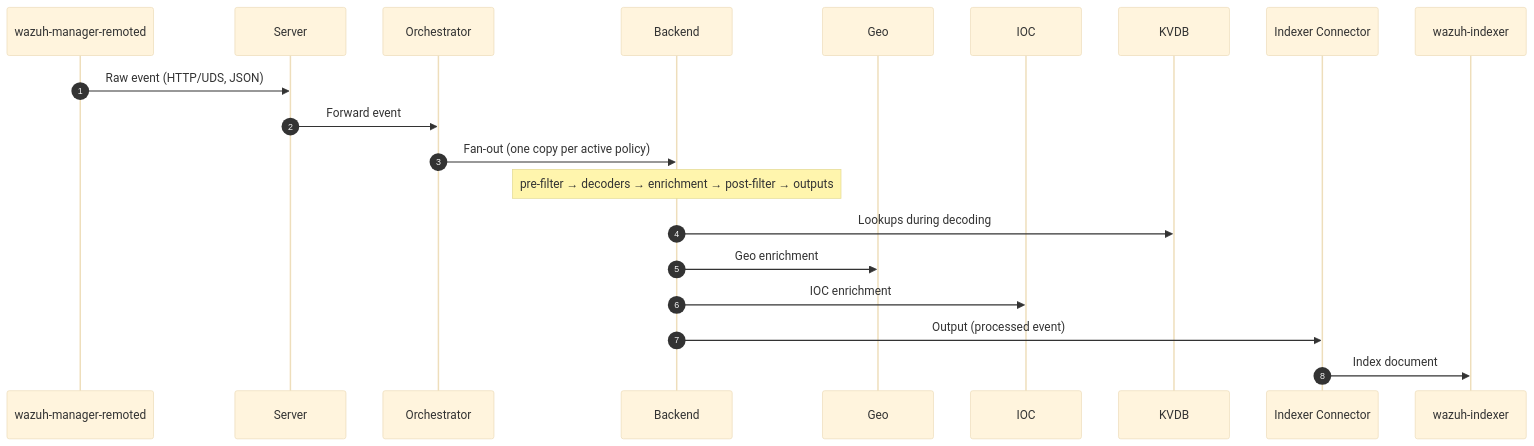
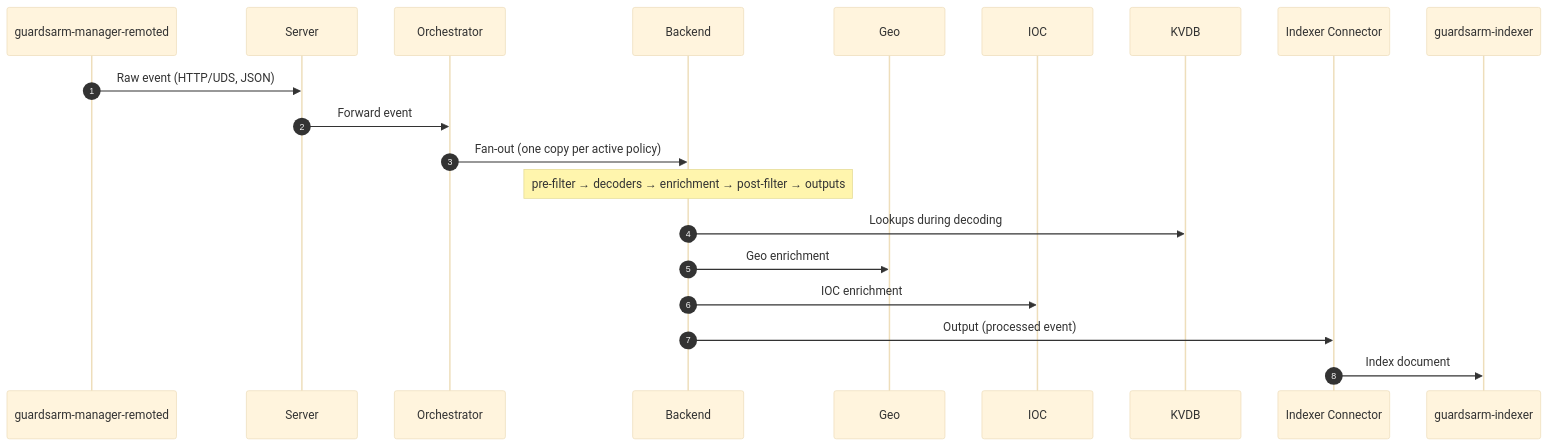
One commit to guardsarm/guardsarm changed the second of 3 diagrams in docs/ref/modules/engine/architecture.md. Above: the diagram before and after it, drawn with Mermaid (base theme). The commit also changed other lines of this file and 4082 other files, not shown here.

````diff
--- a/docs/ref/modules/engine/architecture.md
+++ b/docs/ref/modules/engine/architecture.md
@@ -149,23 +149,23 @@
 ```mermaid
 sequenceDiagram
     autonumber
-    participant Remoted as wazuh-manager-remoted
+    participant Remoted as guardsarm-manager-remoted
     participant Server
     participant Orchestrator
     participant Backend
     participant Geo
     participant IOC
     participant KVDB
     participant IC as Indexer Connector
-    participant Indexer as wazuh-indexer
+    participant Indexer as guardsarm-indexer
 
     Remoted->>Server: Raw event (HTTP/UDS, JSON)
     Server->>Orchestrator: Forward event
     Orchestrator->>Backend: Fan-out (one copy per active policy)
     Note over Backend: pre-filter → decoders → enrichment → post-filter → outputs
     Backend->>KVDB: Lookups during decoding
     Backend->>Geo: Geo enrichment
     Backend->>IOC: IOC enrichment
     Backend->>IC: Output (processed event)
     IC->>Indexer: Index document
 ```
````
